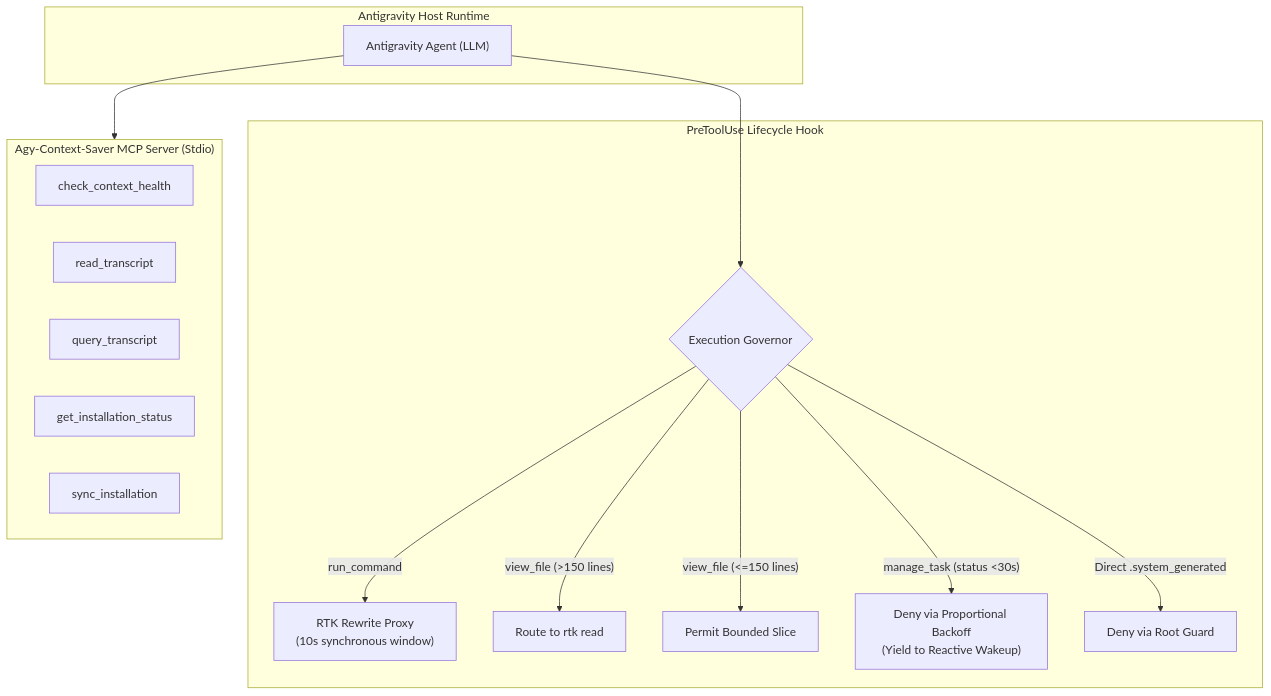
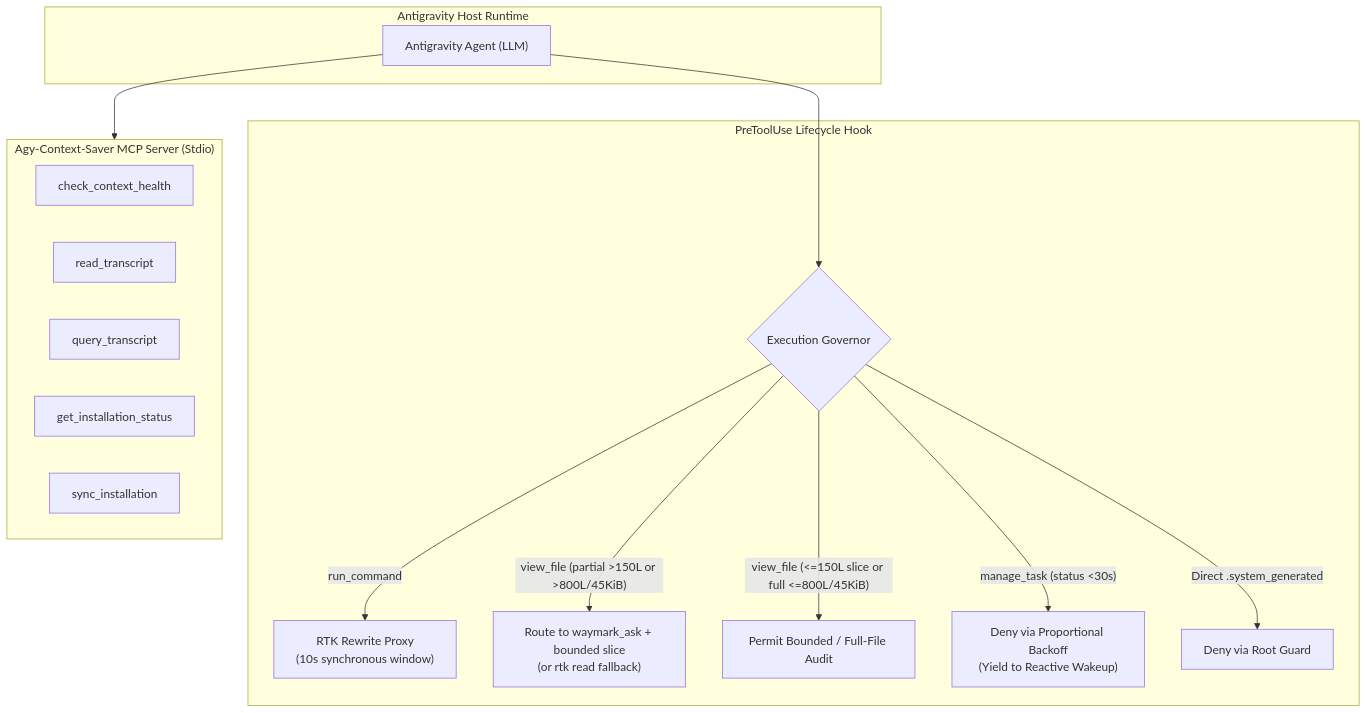
Before and after one commit to paragon-ux/Agy-Context-Saver: the first of 2 diagrams in docs/tools.md, drawn with Mermaid. The commit also changed other lines of this file and 17 other files, not shown here.

````diff
--- a/docs/tools.md
+++ b/docs/tools.md
@@ -9,26 +9,26 @@
 ```mermaid
 flowchart TD
     subgraph Host["Antigravity Host Runtime"]
         Agent["Antigravity Agent (LLM)"]
     end
 
     subgraph Governance["PreToolUse Lifecycle Hook"]
         Hook{"Execution Governor"}
         Hook -- "run_command" --> Rewrite["RTK Rewrite Proxy\n(10s synchronous window)"]
-        Hook -- "view_file (>150 lines)" --> Redirect["Route to rtk read"]
-        Hook -- "view_file (<=150 lines)" --> SliceSafe["Permit Bounded Slice"]
+        Hook -- "view_file (partial >150L or >800L/45KiB)" --> Redirect["Route to waymark_ask + bounded slice\n(or rtk read fallback)"]
+        Hook -- "view_file (<=150L slice or full <=800L/45KiB)" --> SliceSafe["Permit Bounded / Full-File Audit"]
         Hook -- "manage_task (status <30s)" --> Backoff["Deny via Proportional Backoff\n(Yield to Reactive Wakeup)"]
         Hook -- "Direct .system_generated" --> RootDeny["Deny via Root Guard"]
     end
 
     subgraph MCP["Agy-Context-Saver MCP Server (Stdio)"]
         T1["check_context_health"]
         T2["read_transcript"]
         T3["query_transcript"]
         T4["get_installation_status"]
         T5["sync_installation"]
     end
 
     Agent --> Hook
     Agent --> MCP
 ```
````
